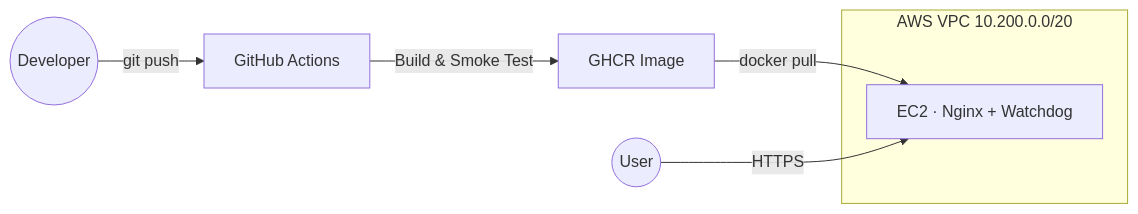
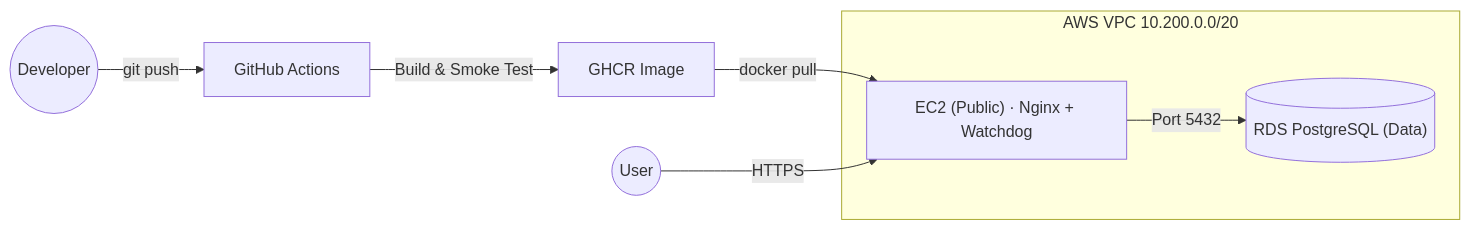
The diagram in README.md (Upwind1647/infrastructure-lab), drawn with Mermaid before and after one commit. The commit also changed other lines of this file, not shown here.

Commit message:
docs: update diagram and phase 4 status

````diff
--- a/README.md
+++ b/README.md
@@ -14,12 +14,14 @@
 ```mermaid
 graph LR
     Dev((Developer)) -->|git push| GH[GitHub Actions]
     GH -->|Build & Smoke Test| GHCR[GHCR Image]
     GHCR -->|docker pull| EC2
 
     subgraph AWS ["AWS VPC 10.200.0.0/20"]
-        EC2["EC2 · Nginx + Watchdog"]
+        EC2["EC2 (Public) · Nginx + Watchdog"]
+        RDS[("RDS PostgreSQL (Data)")]
+        EC2 -->|Port 5432| RDS
     end
 
     User((User)) -->|HTTPS| EC2
 ```
````
